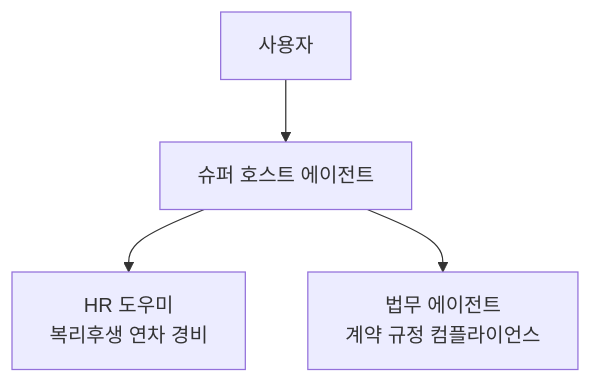
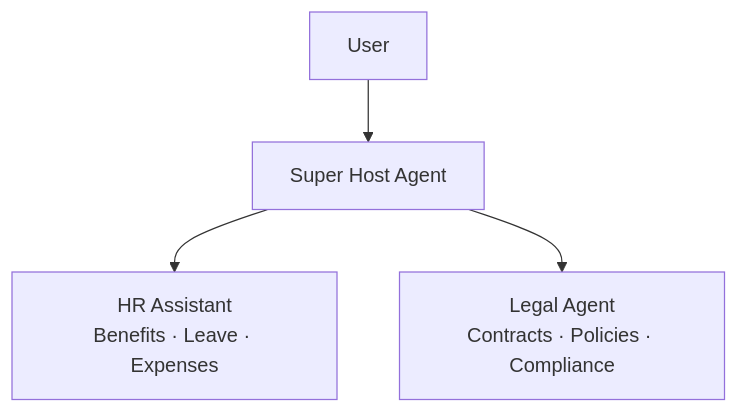
The diagram in docs/m14-multi-agent.md (microsoft/easycopilotlab), drawn with Mermaid before and after one commit. The commit also changed other lines of this file and 41 other files, not shown here.

````diff
--- a/docs/m14-multi-agent.md
+++ b/docs/m14-multi-agent.md
@@ -37,6 +37,6 @@
 ```mermaid
 flowchart TD
-    U[ 사용자] --> S[ 슈퍼 호스트 에이전트]
-    S --> H[ HR 도우미\n복리후생  연차  경비]
-    S --> L[ 법무 에이전트\n계약  규정  컴플라이언스]
+    U[User] --> S[Super Host Agent]
+    S --> H[HR Assistant\nBenefits · Leave · Expenses]
+    S --> L[Legal Agent\nContracts · Policies · Compliance]
 ```
````
